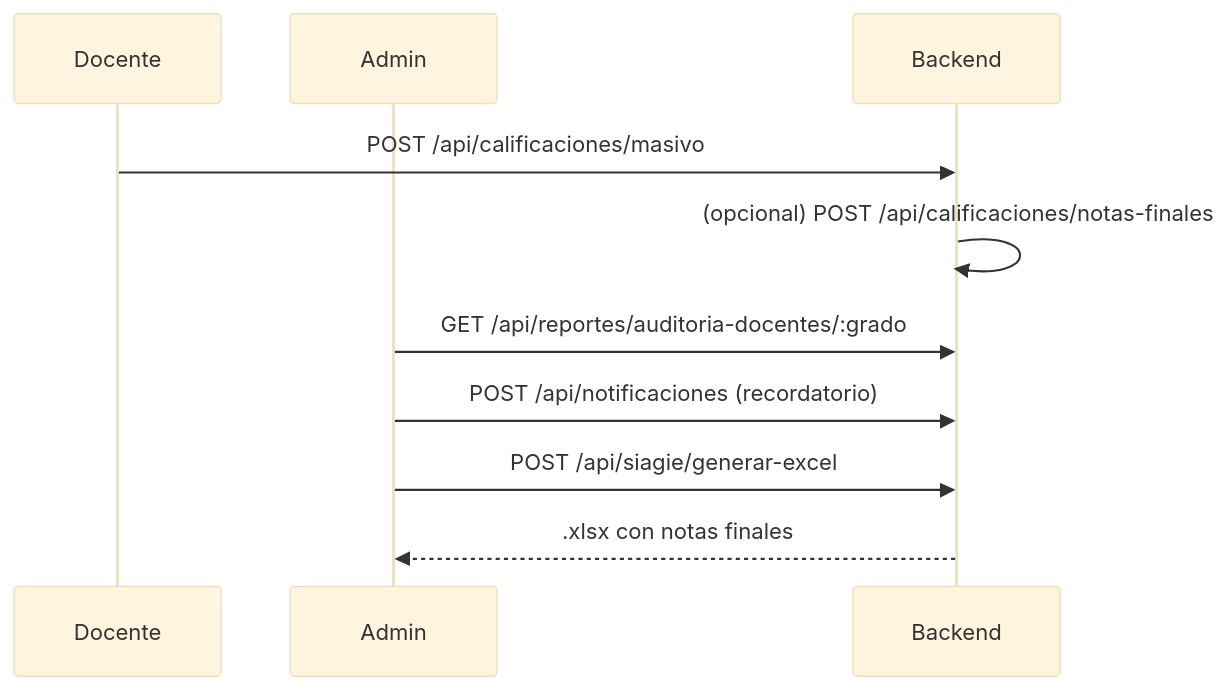
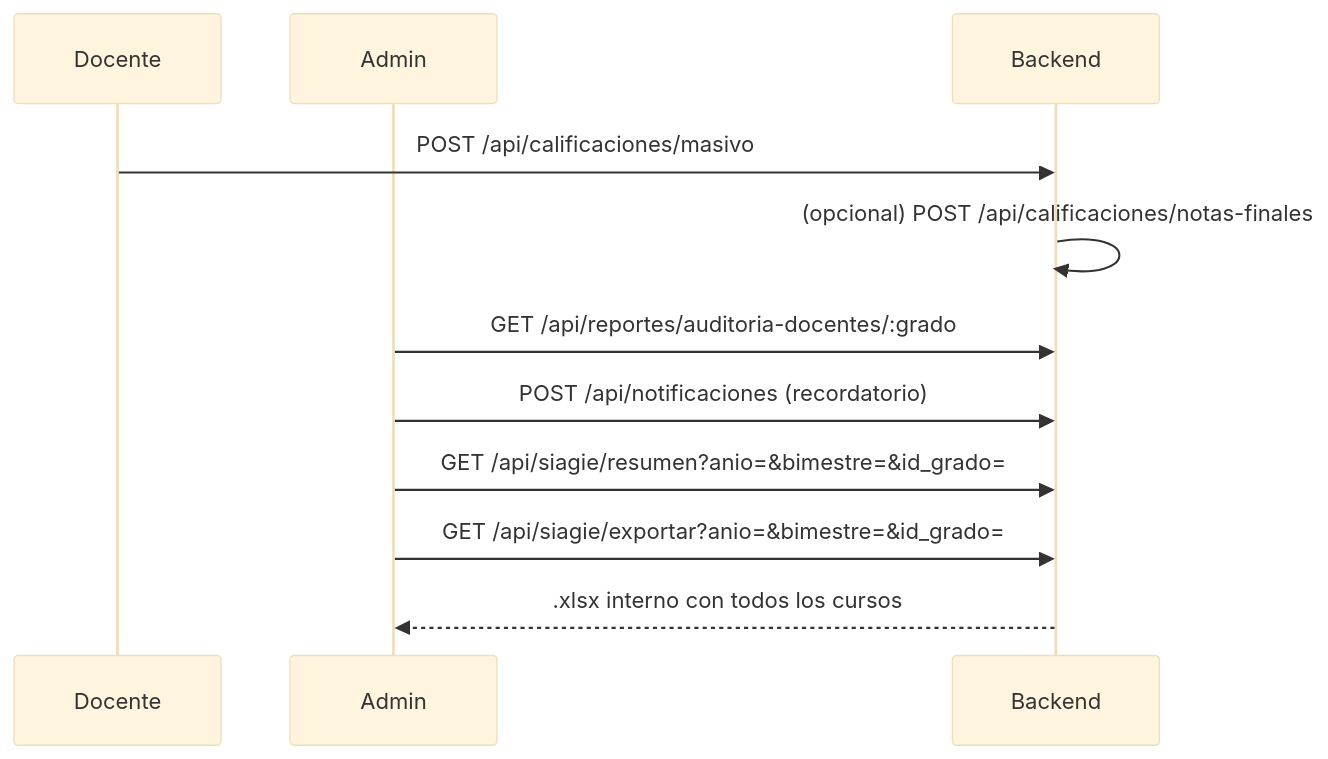
The second of 4 diagrams in documentacion/07-FLUJOS-POR-ROL.md (Yarol-Bello/siga-uc), drawn with Mermaid (base theme) before and after one commit. The commit also changed other lines of this file and 22 other files, not shown here.

````diff
--- a/documentacion/07-FLUJOS-POR-ROL.md
+++ b/documentacion/07-FLUJOS-POR-ROL.md
@@ -516,12 +524,13 @@
 ```mermaid
 sequenceDiagram
     participant D as Docente
     participant A as Admin
     participant API as Backend
     D->>API: POST /api/calificaciones/masivo
     API->>API: (opcional) POST /api/calificaciones/notas-finales
     A->>API: GET /api/reportes/auditoria-docentes/:grado
     A->>API: POST /api/notificaciones (recordatorio)
-    A->>API: POST /api/siagie/generar-excel
-    API-->>A: .xlsx con notas finales
+    A->>API: GET /api/siagie/resumen?anio=&bimestre=&id_grado=
+    A->>API: GET /api/siagie/exportar?anio=&bimestre=&id_grado=
+    API-->>A: .xlsx interno con todos los cursos
 ```
````
